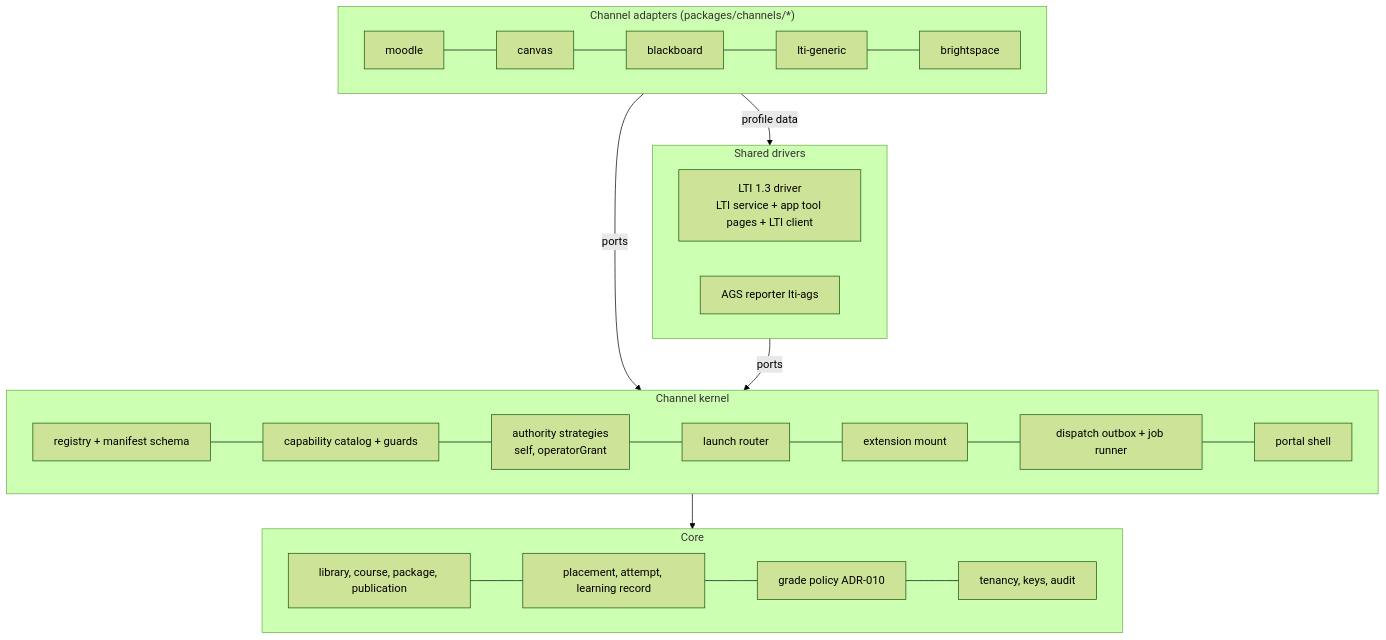
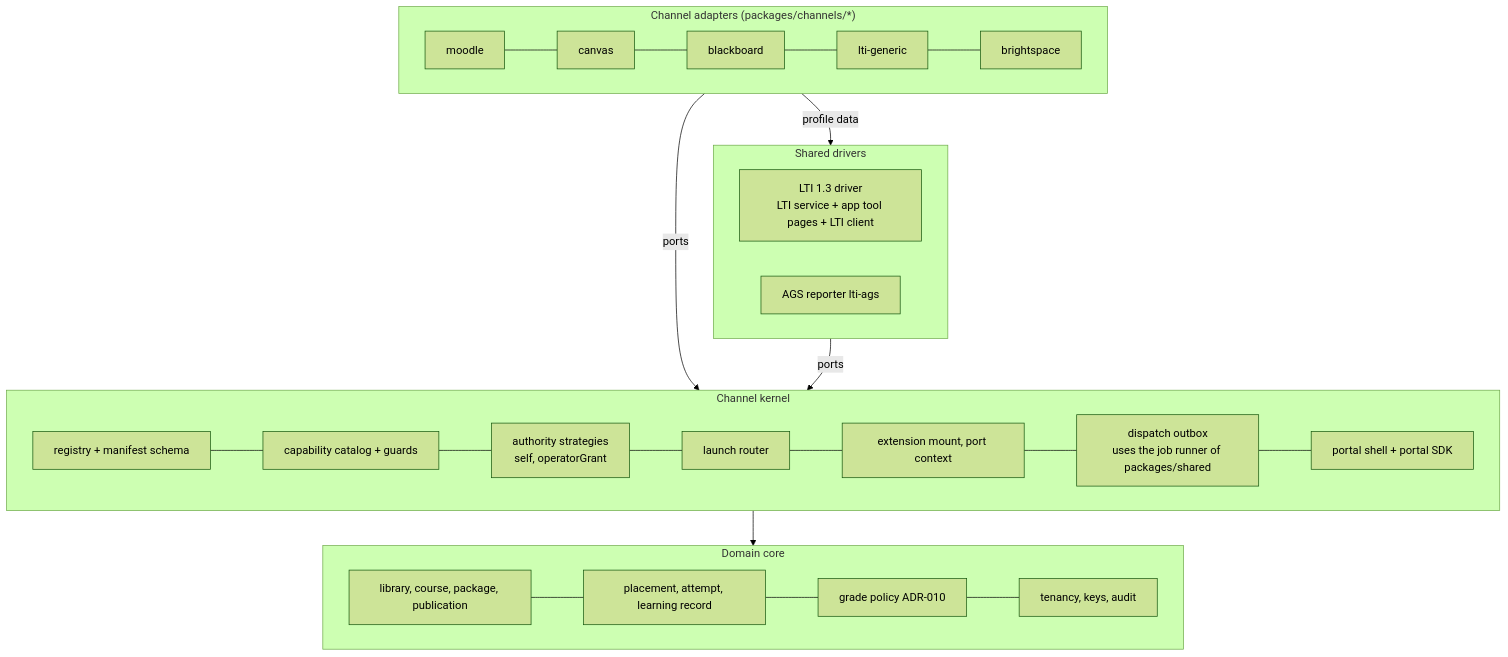
The second of 2 diagrams in docs/architecture/ltiaas/README.md (nguyenthanhquang152/cogniate_moodle_integration_prototype), drawn with Mermaid (forest theme) before and after one commit. The commit also changed other lines of this file and 16 other files, not shown here.

````diff
--- a/docs/architecture/ltiaas/README.md
+++ b/docs/architecture/ltiaas/README.md
@@ -58,20 +58,20 @@
 ```mermaid
 flowchart TB
   subgraph AD["Channel adapters (packages/channels/*)"]
     A1[moodle] --- A2[canvas] --- A3[blackboard] --- A4[lti-generic] --- A5[brightspace]
   end
   subgraph DR[Shared drivers]
     D1[LTI 1.3 driver<br/>LTI service + app tool pages + LTI client]
     D2[AGS reporter lti-ags]
   end
   subgraph KE[Channel kernel]
-    K1[registry + manifest schema] --- K2[capability catalog + guards] --- K3[authority strategies<br/>self, operatorGrant] --- K4[launch router] --- K5[extension mount] --- K6[dispatch outbox + job runner] --- K7[portal shell]
+    K1[registry + manifest schema] --- K2[capability catalog + guards] --- K3[authority strategies<br/>self, operatorGrant] --- K4[launch router] --- K5[extension mount, port context] --- K6[dispatch outbox<br/>uses the job runner of packages/shared] --- K7[portal shell + portal SDK]
   end
-  subgraph CO[Core]
+  subgraph CO[Domain core]
     C1[library, course, package, publication] --- C2[placement, attempt, learning record] --- C3[grade policy ADR-010] --- C4[tenancy, keys, audit]
   end
   AD -->|ports| KE
   AD -->|profile data| DR
   DR -->|ports| KE
   KE --> CO
 ```
````
